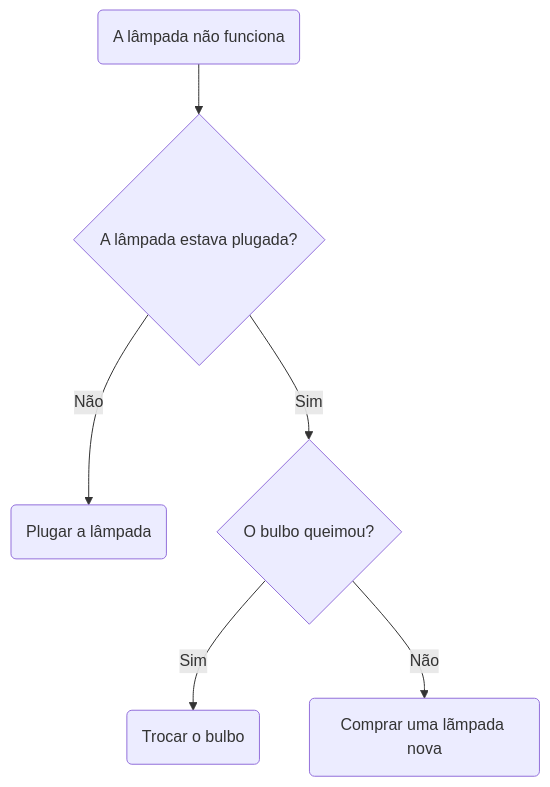
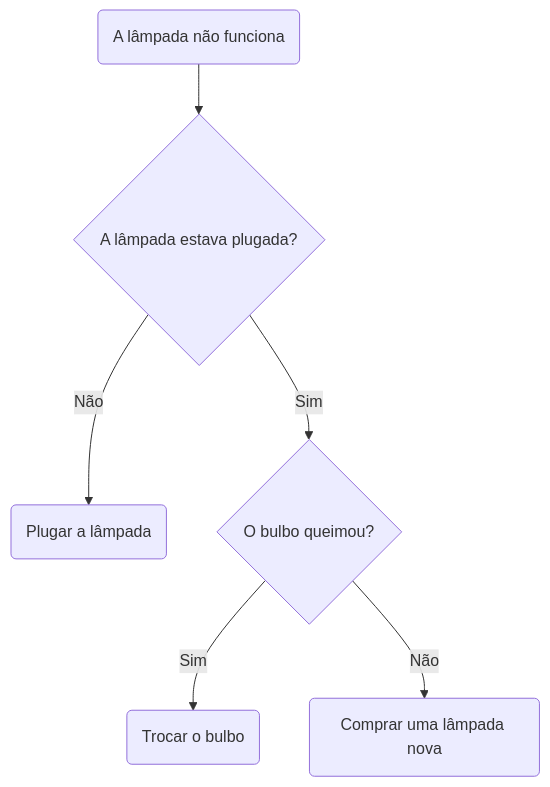
One commit to DiorgeMontezuma/PortugolAnotacoes changed the second of 4 diagrams in AulasPortugol/Aula 1/Readme.md. Above: the diagram before and after it, drawn with Mermaid. The commit also changed other lines of this file, not shown here.

````diff
--- a/AulasPortugol/Aula 1/Readme.md
+++ b/AulasPortugol/Aula 1/Readme.md
@@ -55,8 +54,8 @@
 ```mermaid
 graph TD;
     A(A lâmpada não funciona)
     A --> B{A lâmpada estava plugada?} 
     B -->|Não| C(Plugar a lâmpada)
     B -->|Sim| D{O bulbo queimou?} -->|Sim| E(Trocar o bulbo)
-    D -->|Não| F(Comprar uma lãmpada nova)     
+    D -->|Não| F(Comprar uma lâmpada nova)     
 ```
````
